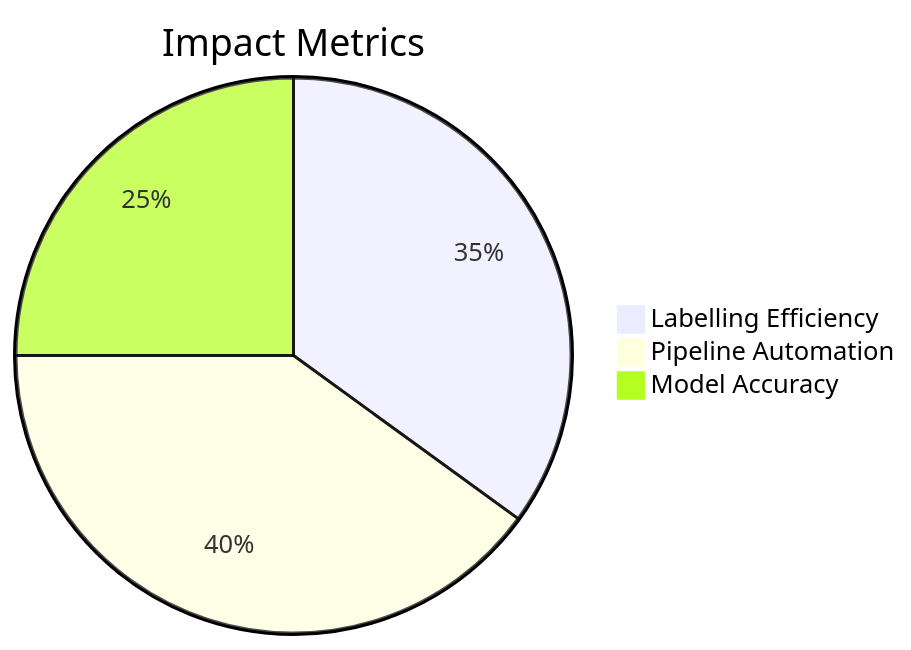
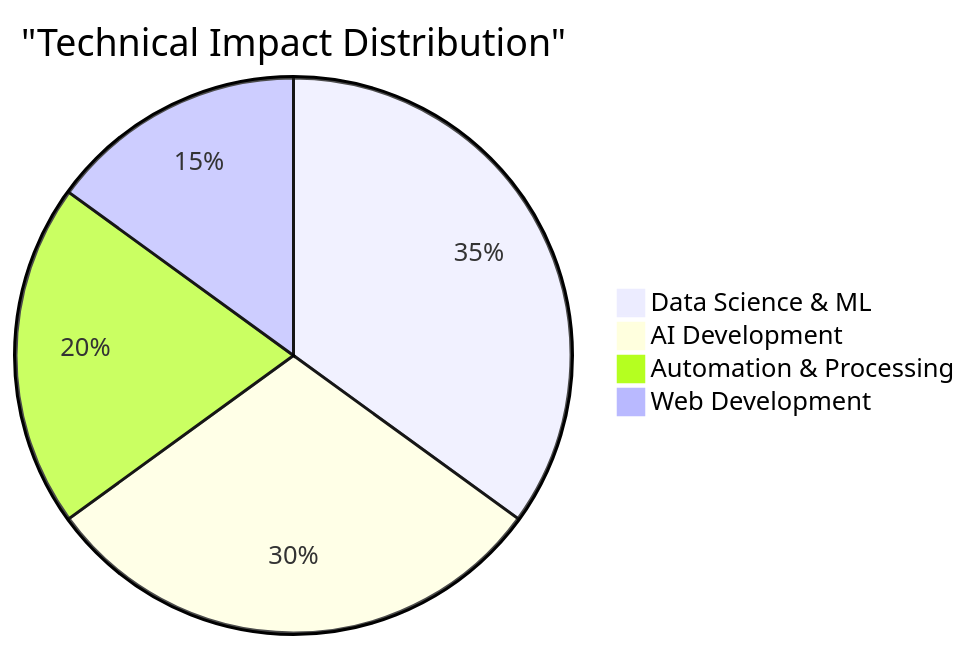
The seventh of 15 diagrams in README.md (saisrinivas194/saisrinivas194), drawn with Mermaid before and after one commit. The commit also changed other lines of this file, not shown here.

````diff
--- a/README.md
+++ b/README.md
@@ -180,6 +240,7 @@
-```mermaid
-pie title Impact Metrics
-    "Labelling Efficiency" : 35
-    "Pipeline Automation" : 40
-    "Model Accuracy" : 25
-```
+    ```mermaid
+    pie title "Technical Impact Distribution"
+        "Data Science & ML" : 35
+        "AI Development" : 30
+        "Automation & Processing" : 20
+        "Web Development" : 15
+    ```
````
